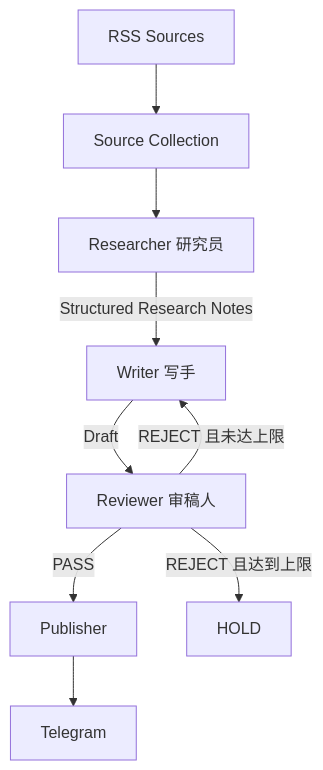
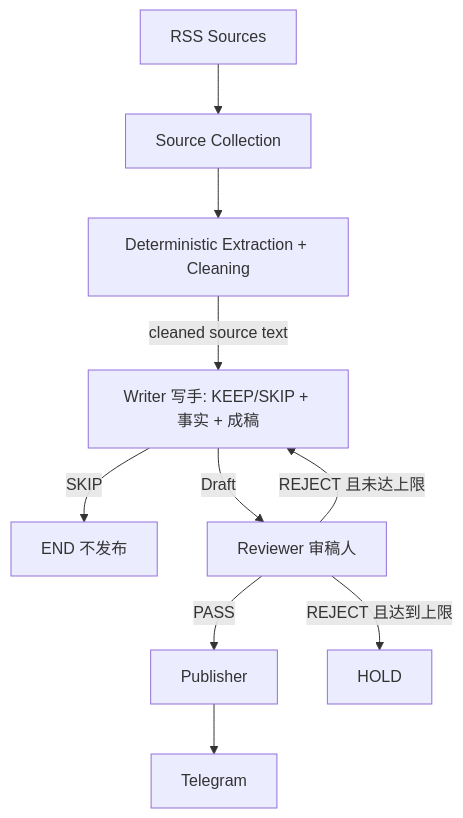
Before and after one commit to MartinKuai/chip-news-ai-workflow: the diagram in README.md, drawn with Mermaid. The commit also changed other lines of this file and 29 other files, not shown here.

````diff
--- a/README.md
+++ b/README.md
@@ -15,11 +15,12 @@
 ```mermaid
 flowchart TD
     A[RSS Sources] --> B[Source Collection]
-    B --> C[Researcher 研究员]
-    C -->|Structured Research Notes| D[Writer 写手]
+    B --> C[Deterministic Extraction + Cleaning]
+    C -->|cleaned source text| D[Writer 写手: KEEP/SKIP + 事实 + 成稿]
+    D -->|SKIP| Z[END 不发布]
     D -->|Draft| E[Reviewer 审稿人]
     E -->|PASS| F[Publisher]
     E -->|REJECT 且未达上限| D
     E -->|REJECT 且达到上限| G[HOLD]
     F --> H[Telegram]
 ```
````
